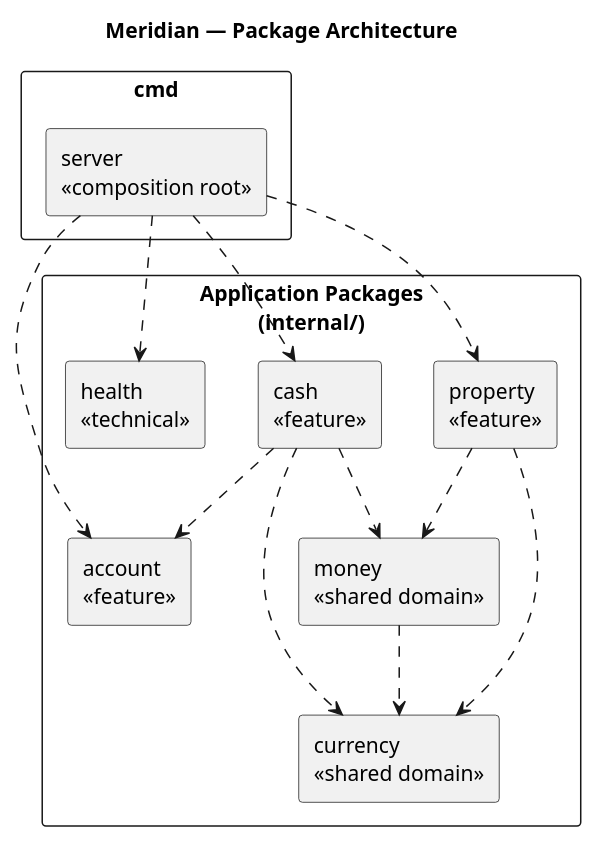
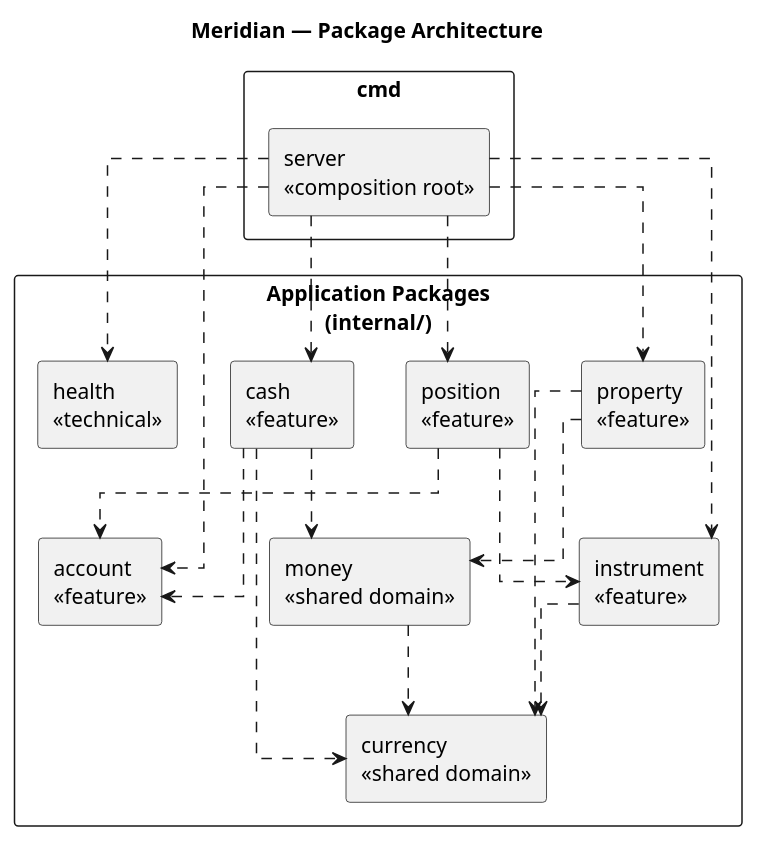
The diagram in docs/backend_architecture.puml (mgwinsor/meridian), drawn with PlantUML before and after one commit. The commit also changed 1 other file, not shown here.

Commit message:
docs: udpate architecture diagram

```diff
--- a/docs/backend_architecture.puml
+++ b/docs/backend_architecture.puml
@@ -1,37 +1,47 @@
 @startuml
 
 title Meridian — Package Architecture
 
 skinparam componentStyle rectangle
 skinparam packageStyle rectangle
+skinparam linetype ortho
 
 package "cmd" {
     component "server\n<<composition root>>" as Server
 }
 
 package "Application Packages\n(internal/)" {
     component "account\n<<feature>>" as Account
     component "cash\n<<feature>>" as Cash
     component "property\n<<feature>>" as Property
+    component "instrument\n<<feature>>" as Instrument
+    component "position\n<<feature>>" as Position
     component "money\n<<shared domain>>" as Money
     component "currency\n<<shared domain>>" as Currency
     component "health\n<<technical>>" as Health
 }
 
 ' Composition root
 Server ..> Account
 Server ..> Cash
 Server ..> Health
 Server ..> Property
+Server ..> Instrument
+Server ..> Position
 
 ' Internal package dependencies
 Cash ..> Account
 Cash ..> Money
 Cash ..> Currency
 
 Property ..> Money
 Property ..> Currency
 
 Money ..> Currency
 
+Instrument ..> Currency
+
+Position ..> Account
+Position ..> Instrument
+
 @enduml
```
